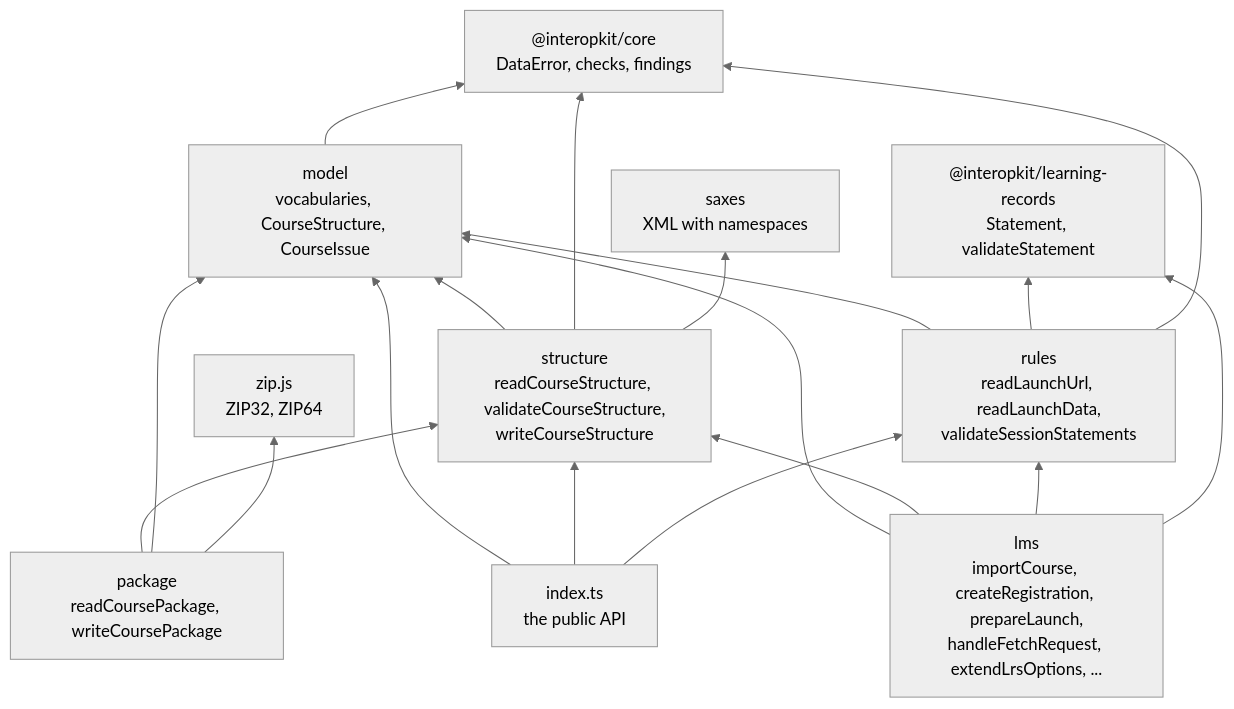
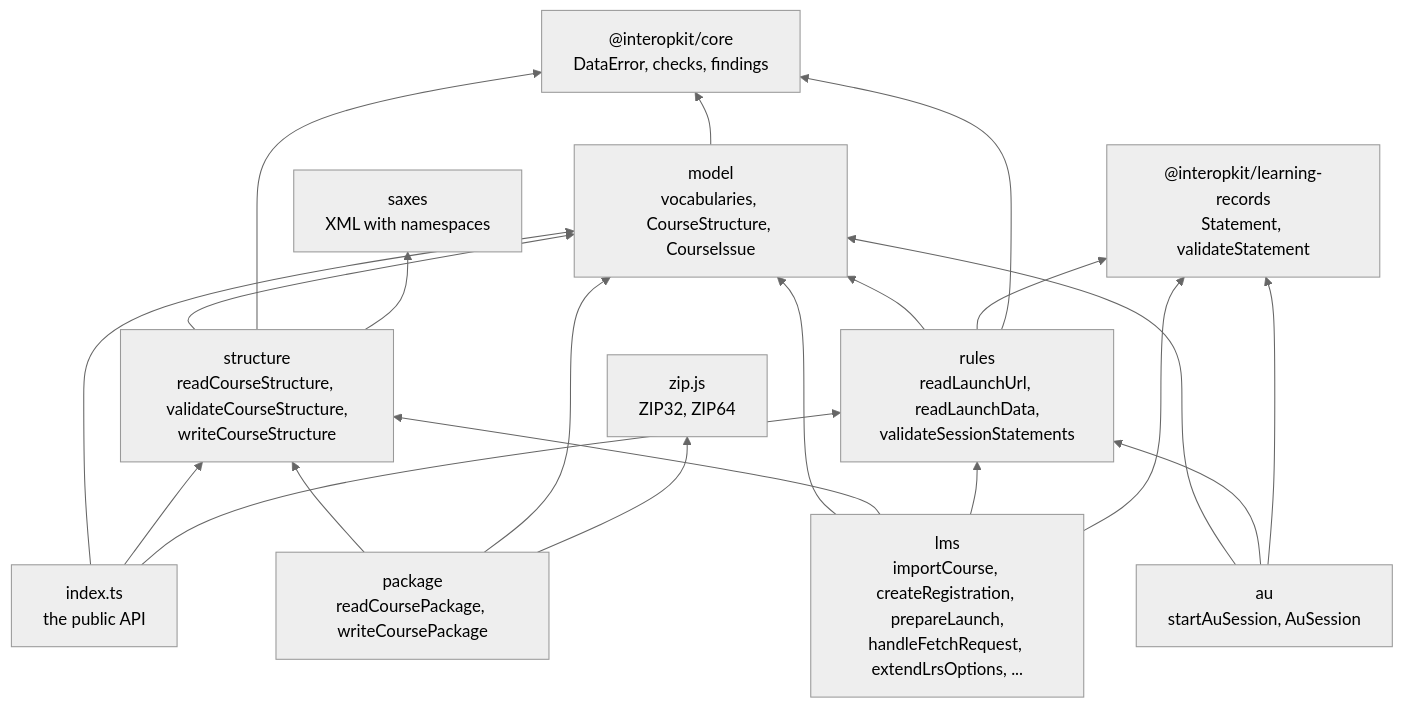
One commit to interopkit/interopkit changed the diagram in docs/course-launch/architecture.md. Above: the diagram before and after it, drawn with Mermaid (neutral theme). The commit also changed other lines of this file and 36 other files, not shown here.

Commit message:
Add the runtime of a cmi5 assignable unit: its start from the launch URL, its statements judged by the rules before they leave, and a reload

````diff
--- a/docs/course-launch/architecture.md
+++ b/docs/course-launch/architecture.md
@@ -13,30 +14,34 @@
 ```mermaid
 flowchart BT
   core["@interopkit/core<br/>DataError, checks, findings"]
   model["model<br/>vocabularies, CourseStructure, CourseIssue"]
   structure["structure<br/>readCourseStructure, validateCourseStructure,<br/>writeCourseStructure"]
   package["package<br/>readCoursePackage, writeCoursePackage"]
   saxes["saxes<br/>XML with namespaces"]
   zip["zip.js<br/>ZIP32, ZIP64"]
   rules["rules<br/>readLaunchUrl, readLaunchData,<br/>validateSessionStatements"]
   records["@interopkit/learning-records<br/>Statement, validateStatement"]
   root["index.ts<br/>the public API"]
   rules --> model
   rules --> records
   rules --> core
   model --> core
   structure --> model
   structure --> core
   structure --> saxes
   package --> structure
   package --> model
   package --> zip
   root --> model
   root --> structure
   root --> rules
   lms["lms<br/>importCourse, createRegistration, prepareLaunch,<br/>handleFetchRequest, extendLrsOptions, ..."]
   lms --> model
   lms --> structure
   lms --> rules
   lms --> records
+  au["au<br/>startAuSession, AuSession"]
+  au --> model
+  au --> rules
+  au --> records
 ```
````
